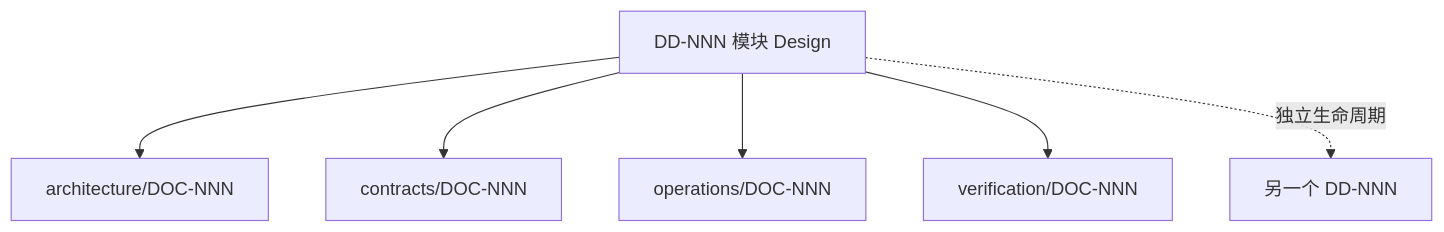
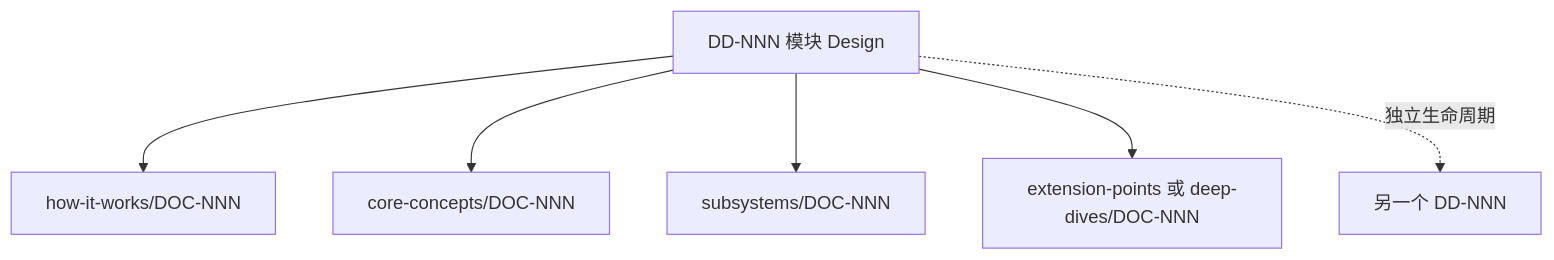
One commit to XiaoWeiKIN/RepoFoundryAI changed the third of 4 diagrams in examples/README.zh-CN.md. Above: the diagram before and after it, drawn with Mermaid. The commit also changed other lines of this file and 33 other files, not shown here.

Commit message:
feat: add technical architecture documentation workflow (#50)

````diff
--- a/examples/README.zh-CN.md
+++ b/examples/README.zh-CN.md
@@ -133,8 +134,8 @@
 ```mermaid
 flowchart TB
-    D["DD-NNN 模块 Design"] --> A["architecture/DOC-NNN"]
-    D --> I["contracts/DOC-NNN"]
-    D --> O["operations/DOC-NNN"]
-    D --> V["verification/DOC-NNN"]
-    D -.->|"独立生命周期"| X["另一个 DD-NNN"]
+    D["DD-NNN 模块 Design"] --> H["how-it-works/DOC-NNN"]
+    D --> C["core-concepts/DOC-NNN"]
+    D --> S["subsystems/DOC-NNN"]
+    D --> X["extension-points 或 deep-dives/DOC-NNN"]
+    D -.->|"独立生命周期"| N["另一个 DD-NNN"]
 ```
````
